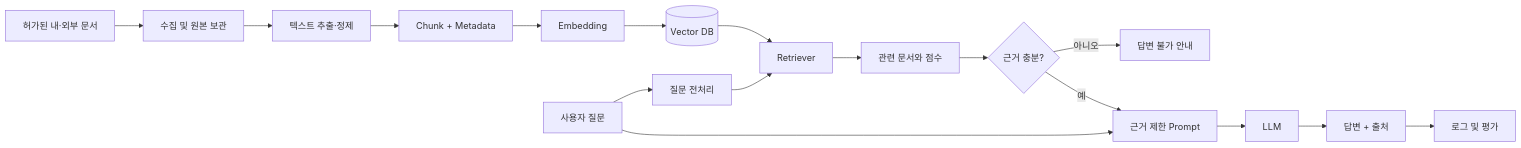
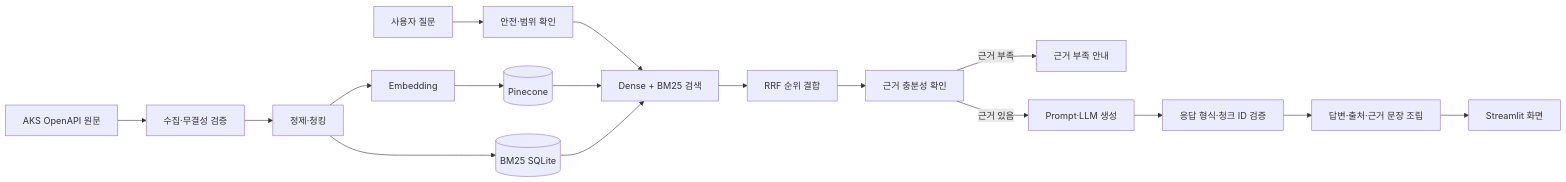
One commit to SpicyAutumn/SKN33-3rd-1Team changed the diagram in README.md. Above: the diagram before and after it, drawn with Mermaid. The commit also changed other lines of this file, not shown here.

````diff
--- a/README.md
+++ b/README.md
@@ -100,20 +49,20 @@
 ```mermaid
 flowchart LR
-    A[허가된 내·외부 문서] --> B[수집 및 원본 보관]
-    B --> C[텍스트 추출·정제]
-    C --> D[Chunk + Metadata]
-    D --> E[Embedding]
-    E --> F[(Vector DB)]
+    A[AKS OpenAPI 원문] --> B[수집·무결성 검증]
+    B --> C[정제·청킹]
+    C --> D[Embedding]
+    D --> E[(Pinecone)]
+    C --> F[(BM25 SQLite)]
 
-    U[사용자 질문] --> G[질문 전처리]
-    G --> H[Retriever]
-    F --> H
-    H --> I[관련 문서와 점수]
-    I --> J{근거 충분?}
-    J -- 아니오 --> K[답변 불가 안내]
-    J -- 예 --> L[근거 제한 Prompt]
-    U --> L
-    L --> M[LLM]
-    M --> N[답변 + 출처]
-    N --> O[로그 및 평가]
+    U[사용자 질문] --> S[안전·범위 확인]
+    S --> G[Dense + BM25 검색]
+    E --> G
+    F --> G
+    G --> H[RRF 순위 결합]
+    H --> I[근거 충분성 확인]
+    I -->|근거 부족| J[근거 부족 안내]
+    I -->|근거 있음| K[Prompt·LLM 생성]
+    K --> L[응답 형식·청크 ID 검증]
+    L --> M[답변·출처·근거 문장 조립]
+    M --> N[Streamlit 화면]
 ```
````
